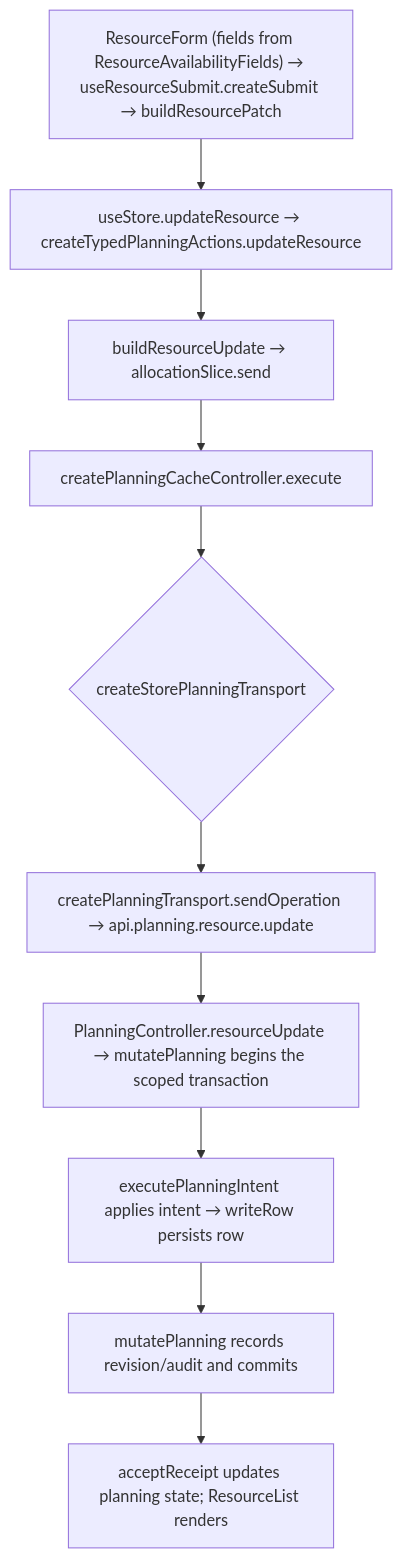
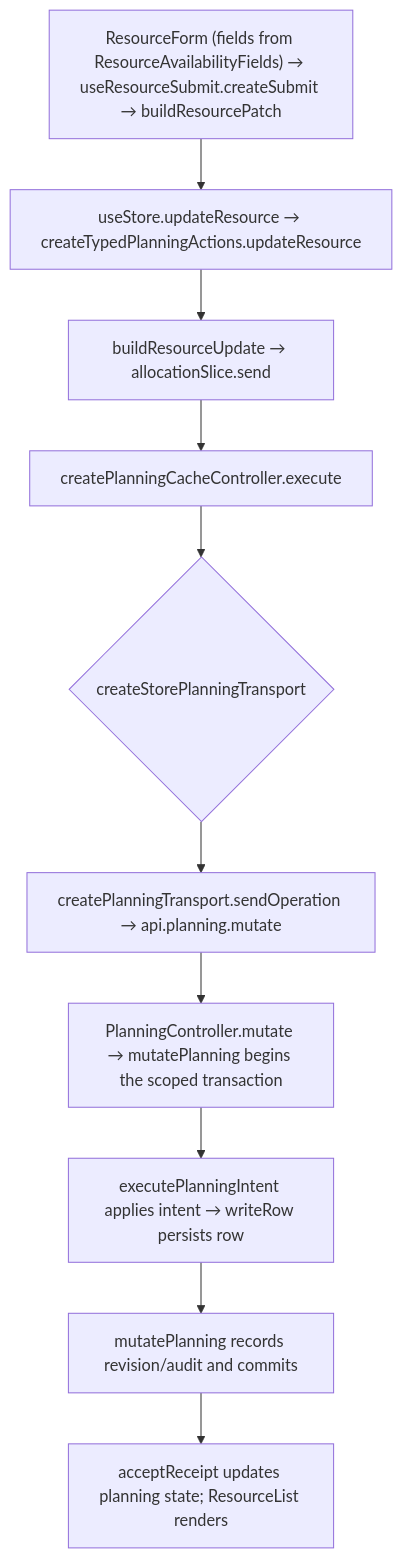
One commit to Kevinjohn/capacitylens changed the second of 2 diagrams in user-stories/resources/US-RES-06-working-hours.md. Above: the diagram before and after it, drawn with Mermaid. The commit also changed 115 other files, not shown here.

````diff
--- a/user-stories/resources/US-RES-06-working-hours.md
+++ b/user-stories/resources/US-RES-06-working-hours.md
@@ -29,8 +29,8 @@
 ```mermaid
 flowchart TD
   A["ResourceForm (fields from ResourceAvailabilityFields) → useResourceSubmit.createSubmit → buildResourcePatch"] --> B["useStore.updateResource → createTypedPlanningActions.updateResource"]
   B --> C["buildResourceUpdate → allocationSlice.send"]
   C --> D["createPlanningCacheController.execute"] --> E{"createStorePlanningTransport"}
-  E --> F["createPlanningTransport.sendOperation → api.planning.resource.update"] --> G["PlanningController.resourceUpdate → mutatePlanning begins the scoped transaction"]
+  E --> F["createPlanningTransport.sendOperation → api.planning.mutate"] --> G["PlanningController.mutate → mutatePlanning begins the scoped transaction"]
   G --> H["executePlanningIntent applies intent → writeRow persists row"] --> K["mutatePlanning records revision/audit and commits"] --> J["acceptReceipt updates planning state; ResourceList renders"]
 ```
````
